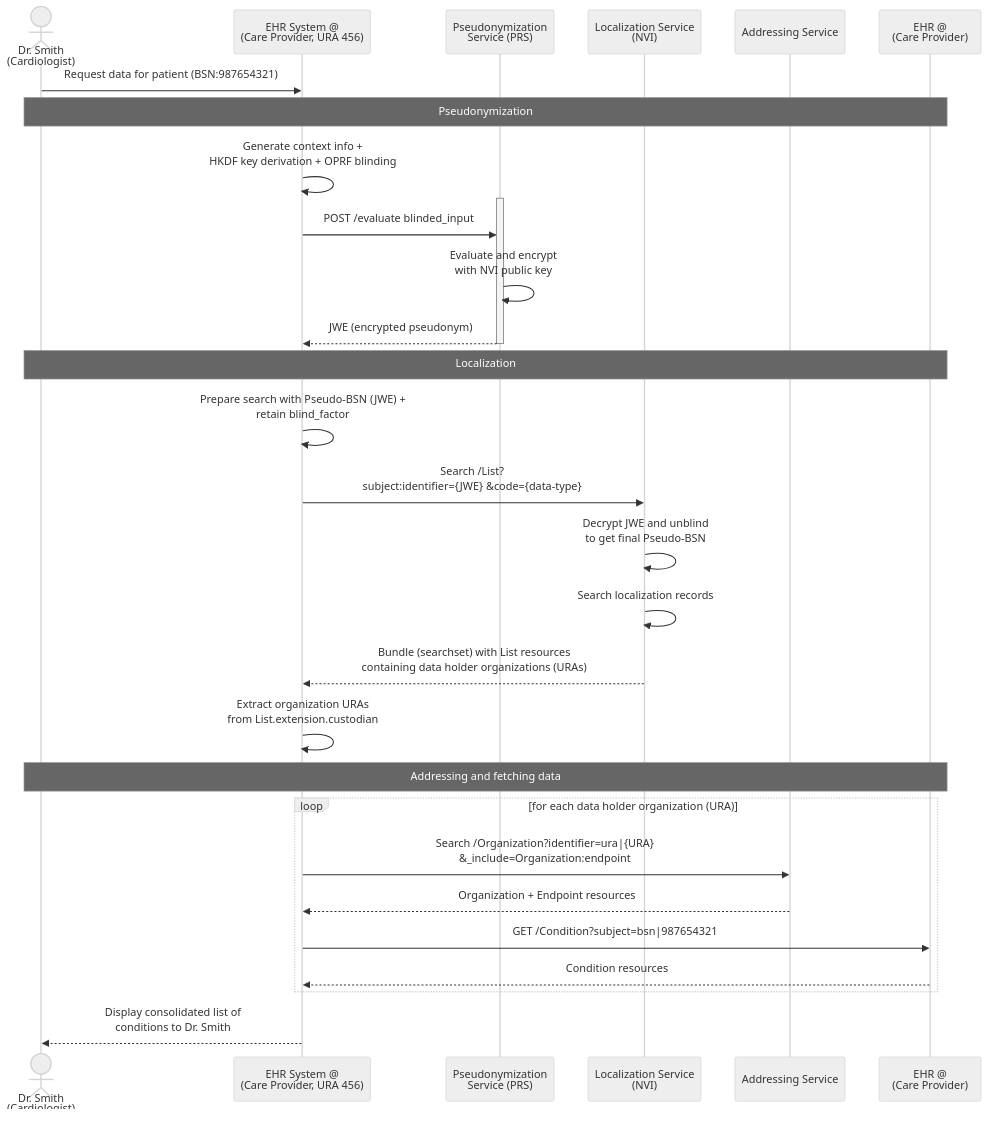
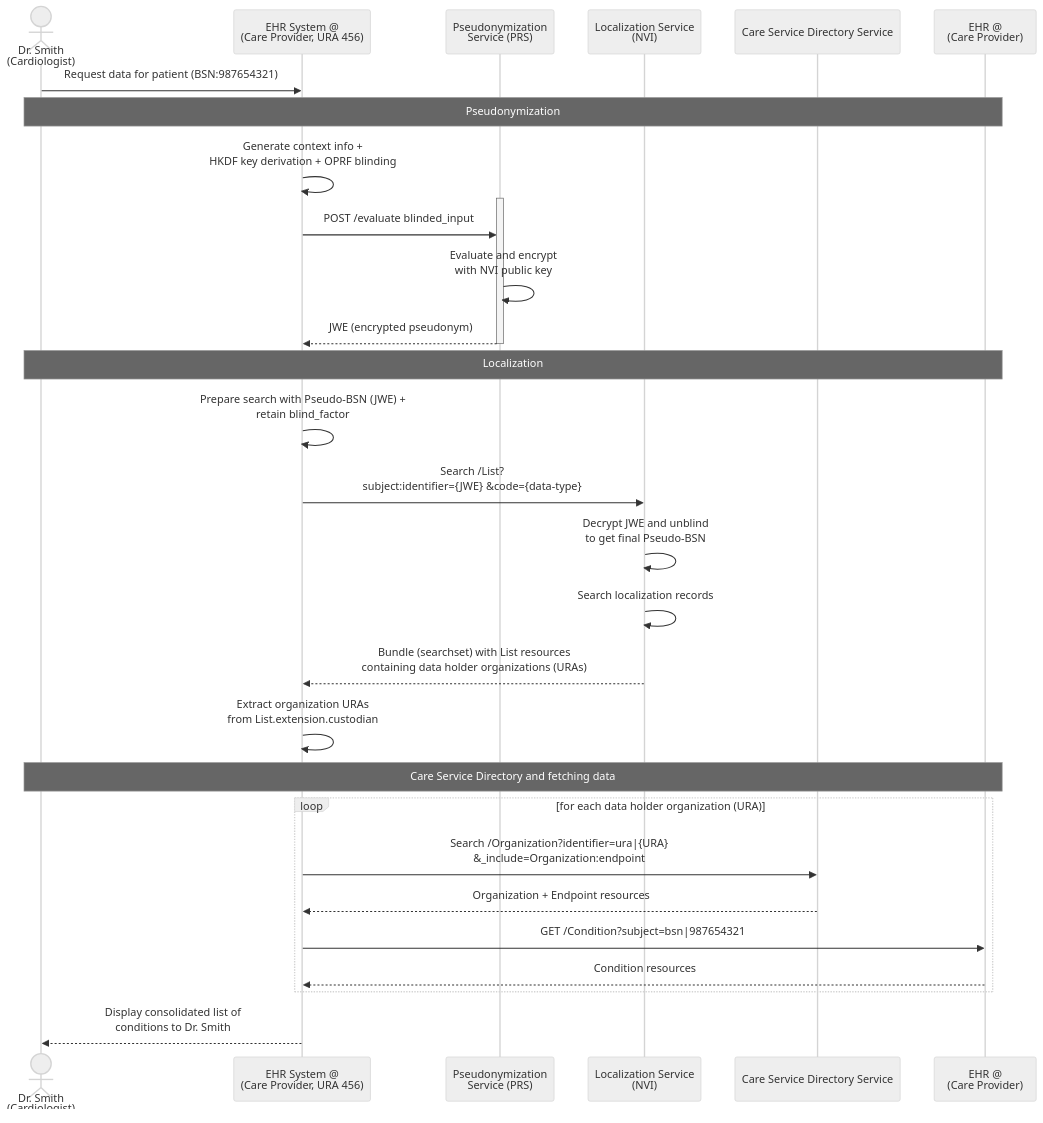
The second of 2 diagrams in input/pagecontent/localization.md (minvws/generiekefuncties-docs), drawn with Mermaid (neutral theme) before and after one commit. The commit also changed other lines of this file and 7 other files, not shown here.

````diff
--- a/input/pagecontent/localization.md
+++ b/input/pagecontent/localization.md
@@ -206,36 +206,36 @@
 ```mermaid
 sequenceDiagram
     actor doctor as Dr. Smith<br/>(Cardiologist)
     participant ehr as EHR System @<br/>(Care Provider, URA 456)
     participant prs as Pseudonymization<br/>Service (PRS)
     participant nvi as Localization Service<br/>(NVI)
-    participant addressing as Addressing Service
+    participant addressing as Care Service Directory Service
     participant ehr_reg as EHR @<br/>(Care Provider)
 
     doctor->>ehr: Request data for patient (BSN:987654321)
 
     Note over doctor,ehr_reg: Pseudonymization
     ehr->>ehr: Generate context info +<br/>HKDF key derivation + OPRF blinding
     activate prs
     ehr->>prs: POST /evaluate blinded_input
     prs->>prs: Evaluate and encrypt<br/>with NVI public key
     prs-->>ehr: JWE (encrypted pseudonym)
     deactivate prs
 
     Note over doctor,ehr_reg: Localization
     ehr->>ehr: Prepare search with Pseudo-BSN (JWE) +<br/>retain blind_factor
     ehr->>nvi: Search /List?<br/>subject:identifier={JWE} &code={data-type}
     nvi->>nvi: Decrypt JWE and unblind<br/>to get final Pseudo-BSN
     nvi->>nvi: Search localization records
     nvi-->>ehr: Bundle (searchset) with List resources<br/>containing data holder organizations (URAs)
     ehr->>ehr: Extract organization URAs<br/>from List.extension.custodian
 
-    Note over doctor,ehr_reg: Addressing and fetching data
+    Note over doctor,ehr_reg: Care Service Directory and fetching data
     loop for each data holder organization (URA)
         ehr->>addressing: Search /Organization?identifier=ura|{URA}<br/>&_include=Organization:endpoint
         addressing-->>ehr: Organization + Endpoint resources
         ehr->>ehr_reg: GET /Condition?subject=bsn|987654321
         ehr_reg-->>ehr: Condition resources
     end
     ehr-->>doctor: Display consolidated list of<br/>conditions to Dr. Smith
 ```
````
